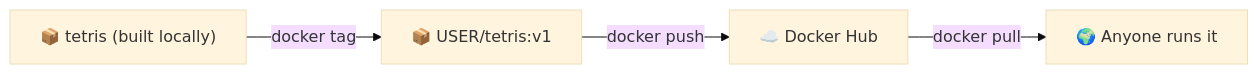
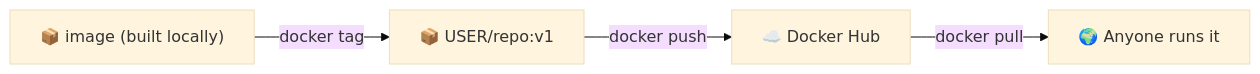
Diagram 11 of 22 in LEARNER-GUIDE.md (tertiarycourses/TGS-2021010366-Application-Integration-with-Docker-and-Kubernetes), drawn with Mermaid (base theme) before and after one commit. The commit also changed other lines of this file, not shown here.

````diff
--- a/LEARNER-GUIDE.md
+++ b/LEARNER-GUIDE.md
@@ -880,6 +783,6 @@
 ```mermaid
 flowchart LR
-  B["📦 tetris (built locally)"] -->|docker tag| T["📦 USER/tetris:v1"]
+  B["📦 image (built locally)"] -->|docker tag| T["📦 USER/repo:v1"]
   T -->|docker push| HUB["☁️ Docker Hub"]
   HUB -->|docker pull| ANY["🌍 Anyone runs it"]
 ```
````
